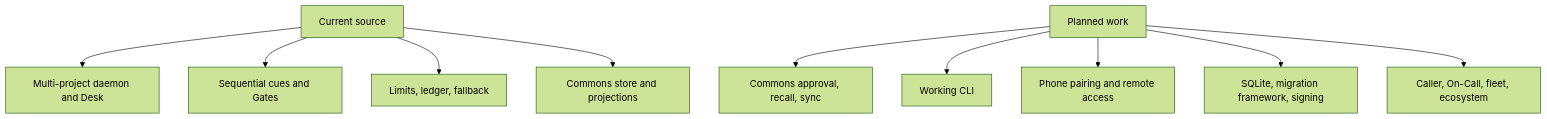
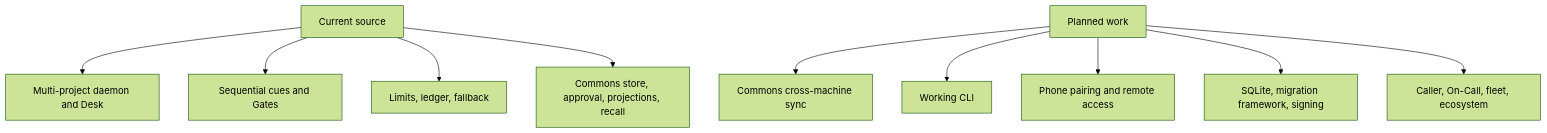
Before and after one commit to npyrz/Cuesheet: the third of 3 diagrams in docs/system-design/architecture.md, drawn with Mermaid (forest theme). The commit also changed other lines of this file and 19 other files, not shown here.

First line of the commit message:
Add Commons MCP recall and connectors

````diff
--- a/docs/system-design/architecture.md
+++ b/docs/system-design/architecture.md
@@ -81,16 +81,16 @@
 ```mermaid
 flowchart TB
     Current[Current source]
     Planned[Planned work]
 
     Current --> C1[Multi-project daemon and Desk]
     Current --> C2[Sequential cues and Gates]
     Current --> C3[Limits, ledger, fallback]
-    Current --> C4[Commons store and projections]
+    Current --> C4[Commons store, approval, projections, recall]
 
-    Planned --> P1[Commons approval, recall, sync]
+    Planned --> P1[Commons cross-machine sync]
     Planned --> P2[Working CLI]
     Planned --> P3[Phone pairing and remote access]
     Planned --> P4[SQLite, migration framework, signing]
     Planned --> P5[Caller, On-Call, fleet, ecosystem]
 ```
````
